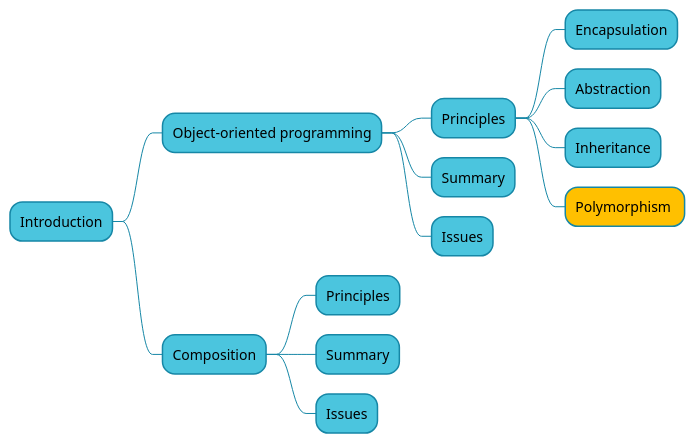
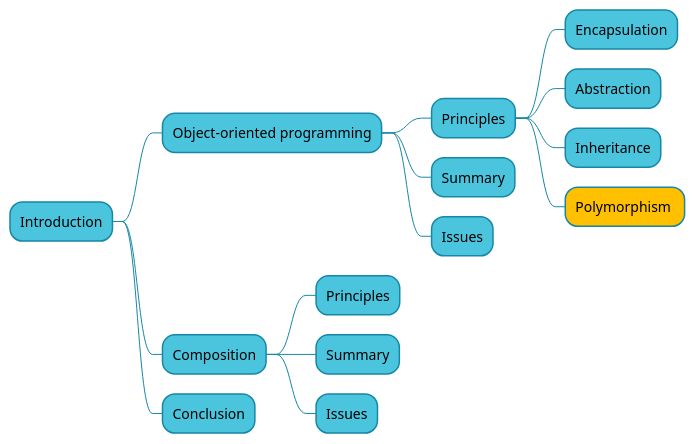
One commit to ecphp/session--composition-and-inheritance changed the diagram in src/session--composition-and-inheritance/resources/summary-oop-polymorphism.plantuml. Above: the diagram before and after it, drawn with PlantUML. The commit also changed 11 other files, not shown here.

```diff
--- a/src/session--composition-and-inheritance/resources/summary-oop-polymorphism.plantuml
+++ b/src/session--composition-and-inheritance/resources/summary-oop-polymorphism.plantuml
@@ -1,29 +1,30 @@
 @startmindmap
 <style>
 mindmapDiagram {
     node {
         BackgroundColor #4bc5de
         LineColor #1687a6
     }
     .current {
       BackGroundColor #ffc000
     }
     arrow {
       LineColor #1687a6
     }
 }
 </style>
 * Introduction
 ** Object-oriented programming
 *** Principles
 **** Encapsulation
 **** Abstraction
 **** Inheritance
 **** Polymorphism <<current>>
 *** Summary
 *** Issues
 ** Composition
 *** Principles
 *** Summary
 *** Issues
+** Conclusion
 @endmindmap
```
